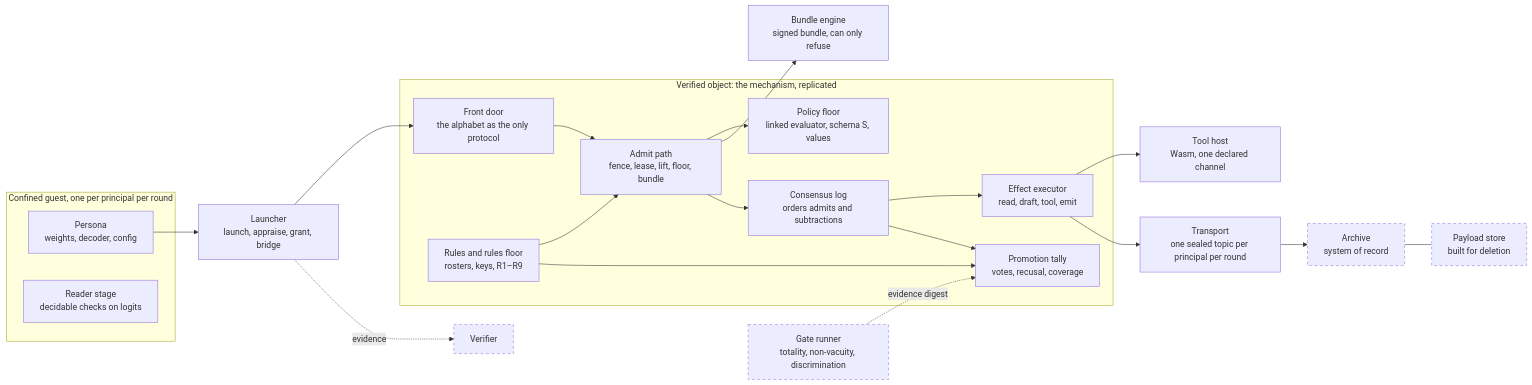
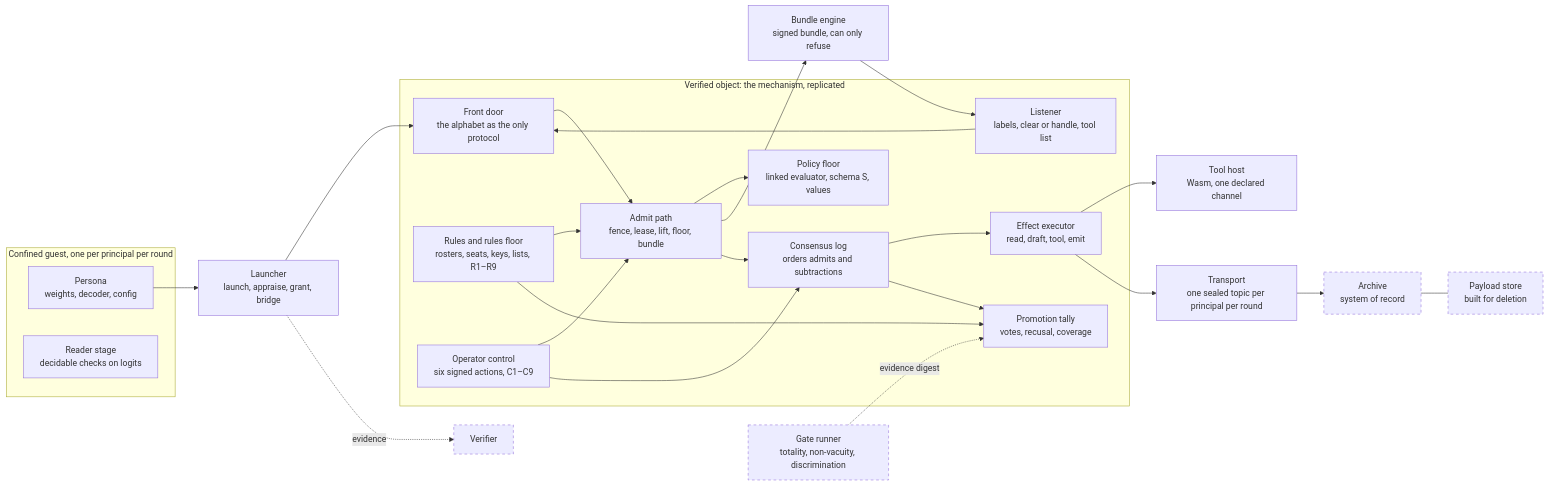
One commit to scottcochran/TOPAK changed the second of 12 diagrams in narrative/architecture-description.md. Above: the diagram before and after it, drawn with Mermaid. The commit also changed other lines of this file and 7 other files, not shown here.

Commit message:
Narrative against G10: ToO revision 14, glossary, architecture description rev 2, reviewer's guide; G10 index row

````diff
--- a/narrative/architecture-description.md
+++ b/narrative/architecture-description.md
@@ -235,38 +253,44 @@
 ```mermaid
 flowchart LR
   subgraph guest [Confined guest, one per principal per round]
     persona["Persona<br/>weights, decoder, config"]
     reader["Reader stage<br/>decidable checks on logits"]
   end
   launcher["Launcher<br/>launch, appraise, grant, bridge"]
   subgraph vo [Verified object: the mechanism, replicated]
     front["Front door<br/>the alphabet as the only protocol"]
+    listener["Listener<br/>labels, clear or handle, tool list"]
     admit["Admit path<br/>fence, lease, lift, floor, bundle"]
     floor["Policy floor<br/>linked evaluator, schema S, values"]
-    rules["Rules and rules floor<br/>rosters, keys, R1–R9"]
+    rules["Rules and rules floor<br/>rosters, seats, keys, lists, R1–R9"]
+    control["Operator control<br/>six signed actions, C1–C9"]
     tally["Promotion tally<br/>votes, recusal, coverage"]
     log["Consensus log<br/>orders admits and subtractions"]
     effects["Effect executor<br/>read, draft, tool, emit"]
   end
   bundle["Bundle engine<br/>signed bundle, can only refuse"]
   toolhost["Tool host<br/>Wasm, one declared channel"]
   transport["Transport<br/>one sealed topic per principal per round"]
   archive["Archive<br/>system of record"]:::nb
   payload["Payload store<br/>built for deletion"]:::nb
   gates["Gate runner<br/>totality, non-vacuity, discrimination"]:::nb
   verifier["Verifier"]:::nb
 
   persona --> launcher --> front --> admit
+  listener --> front
+  bundle --> listener
+  control --> admit
+  control --> log
   admit --> floor
   admit --> bundle
   admit --> log --> effects
   rules --> admit
   rules --> tally
   log --> tally
   effects --> toolhost
   effects --> transport --> archive
   archive --- payload
   gates -. "evidence digest" .-> tally
   launcher -. "evidence" .-> verifier
   classDef nb stroke-dasharray: 5 5
 ```
````
